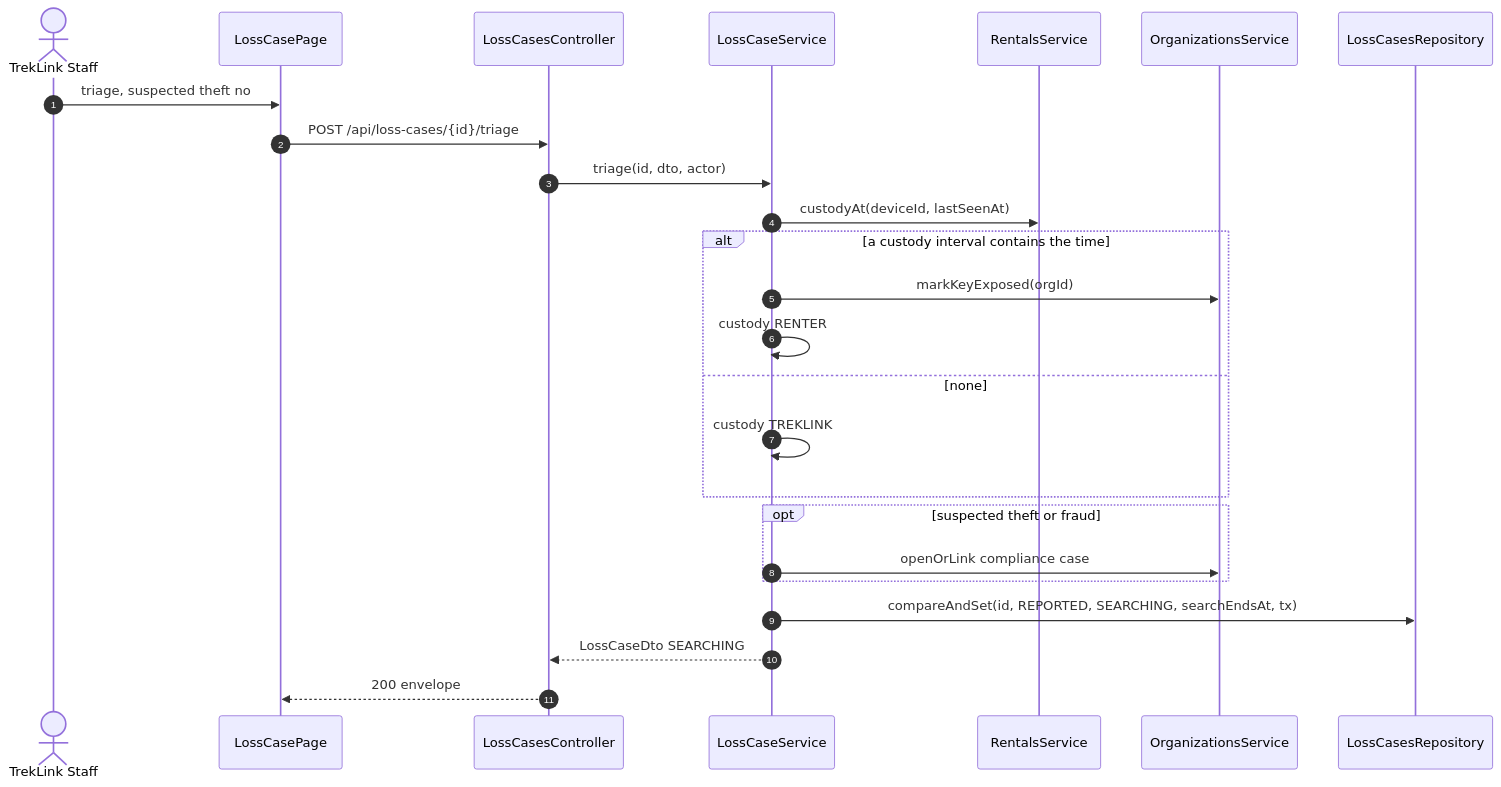
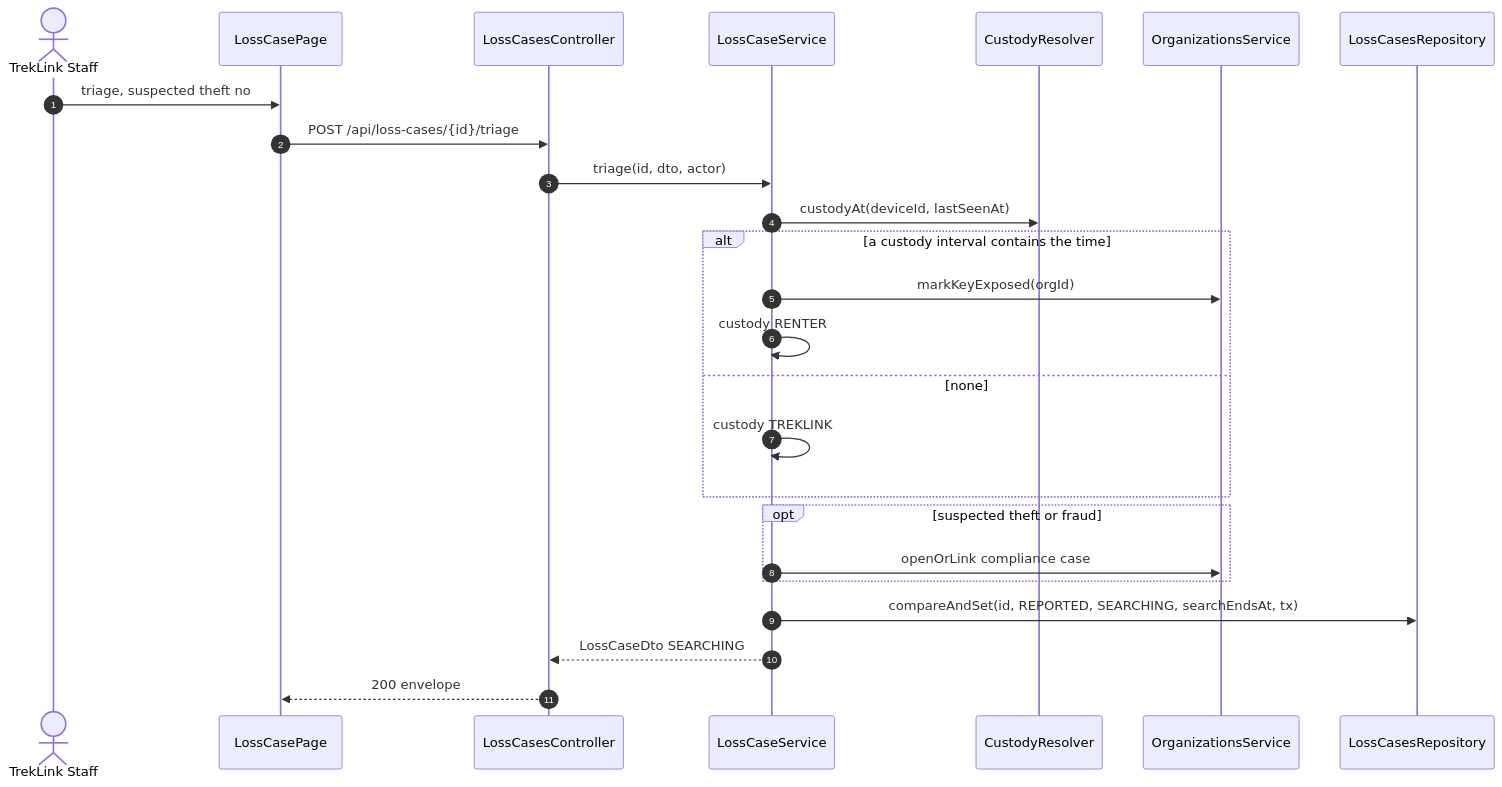
Diagram 11 of 18 in specs/devices/design.md (TrekLink-Team/treklink-web), drawn with Mermaid before and after one commit. The commit also changed other lines of this file and 39 other files, not shown here.

````diff
--- a/specs/devices/design.md
+++ b/specs/devices/design.md
@@ -395,27 +417,27 @@
 ```mermaid
 sequenceDiagram
     autonumber
     actor St as TrekLink Staff
     participant P as LossCasePage
     participant C as LossCasesController
     participant S as LossCaseService
-    participant Rt as RentalsService
+    participant Rt as CustodyResolver
     participant O as OrganizationsService
     participant R as LossCasesRepository
     St->>P: triage, suspected theft no
     P->>C: POST /api/loss-cases/{id}/triage
     C->>S: triage(id, dto, actor)
     S->>Rt: custodyAt(deviceId, lastSeenAt)
     alt a custody interval contains the time
         S->>O: markKeyExposed(orgId)
         S->>S: custody RENTER
     else none
         S->>S: custody TREKLINK
     end
     opt suspected theft or fraud
         S->>O: openOrLink compliance case
     end
     S->>R: compareAndSet(id, REPORTED, SEARCHING, searchEndsAt, tx)
     S-->>C: LossCaseDto SEARCHING
     C-->>P: 200 envelope
 ```
````
